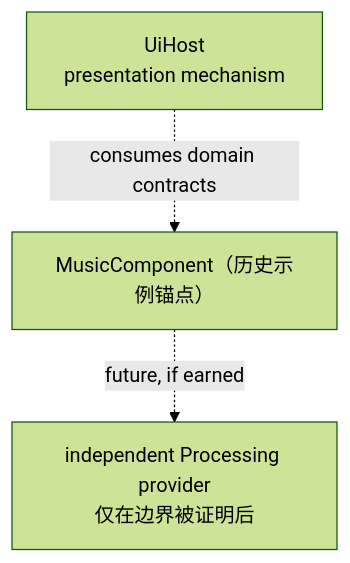
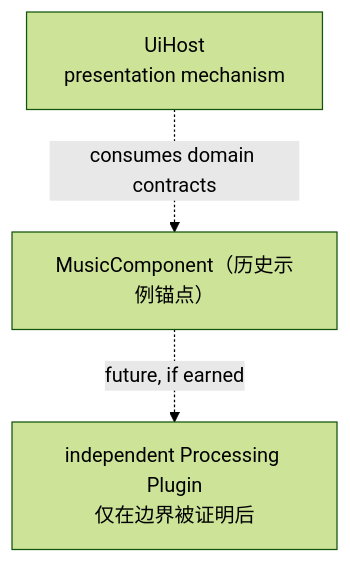
The third of 3 diagrams in website/architecture/plugin-graph.md (jnhu76/qianqian), drawn with Mermaid (forest theme) before and after one commit. The commit also changed other lines of this file and 9 other files, not shown here.

First line of the commit message:
docs(architecture): restore Everything-is-a-Plugin composition model

````diff
--- a/website/architecture/plugin-graph.md
+++ b/website/architecture/plugin-graph.md
@@ -56,9 +58,9 @@
 ```mermaid
 flowchart TB
     MUSIC2["MusicComponent（历史示例锚点）"]
-    PROC["independent Processing provider<br/>仅在边界被证明后"]
+    PROC["independent Processing Plugin<br/>仅在边界被证明后"]
     UH["UiHost<br/>presentation mechanism"]
 
     MUSIC2 -.->|"future, if earned"| PROC
     UH -.->|"consumes domain contracts"| MUSIC2
 ```
````
